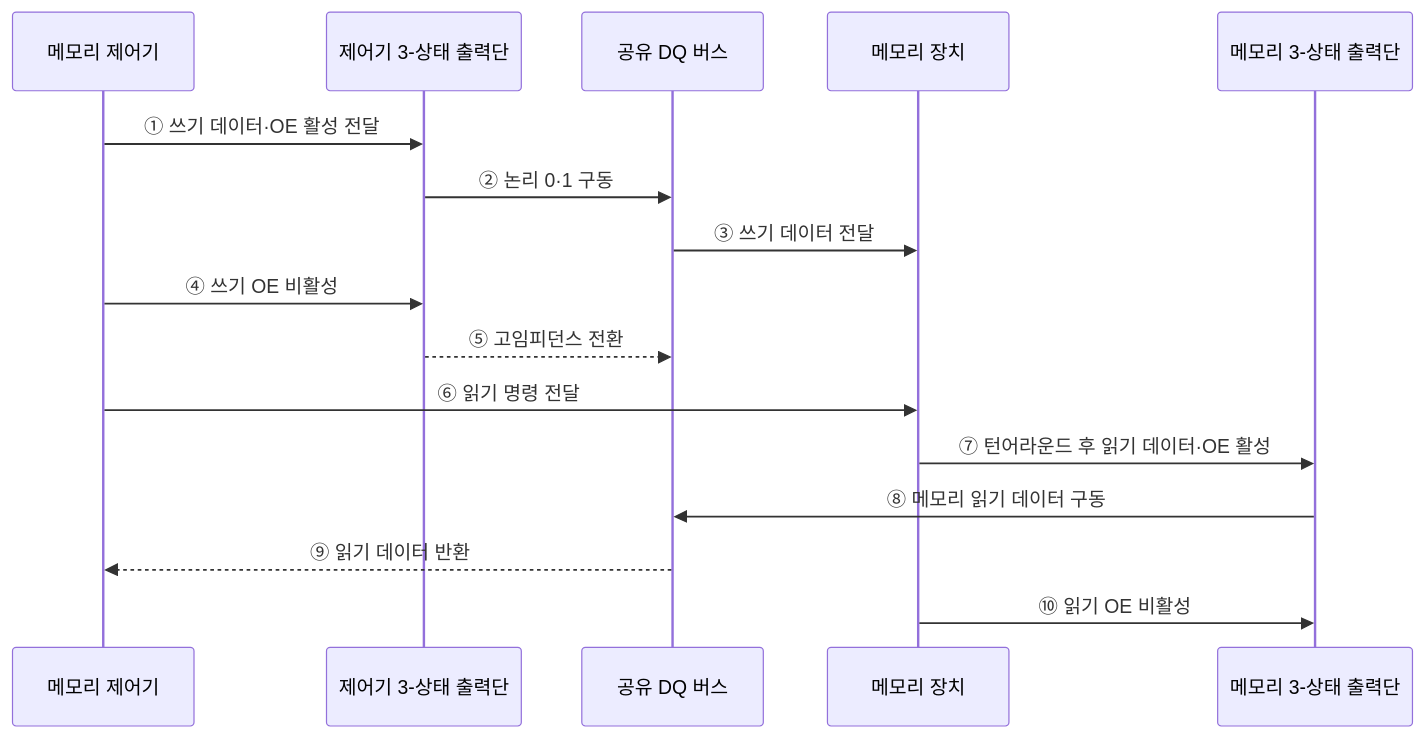
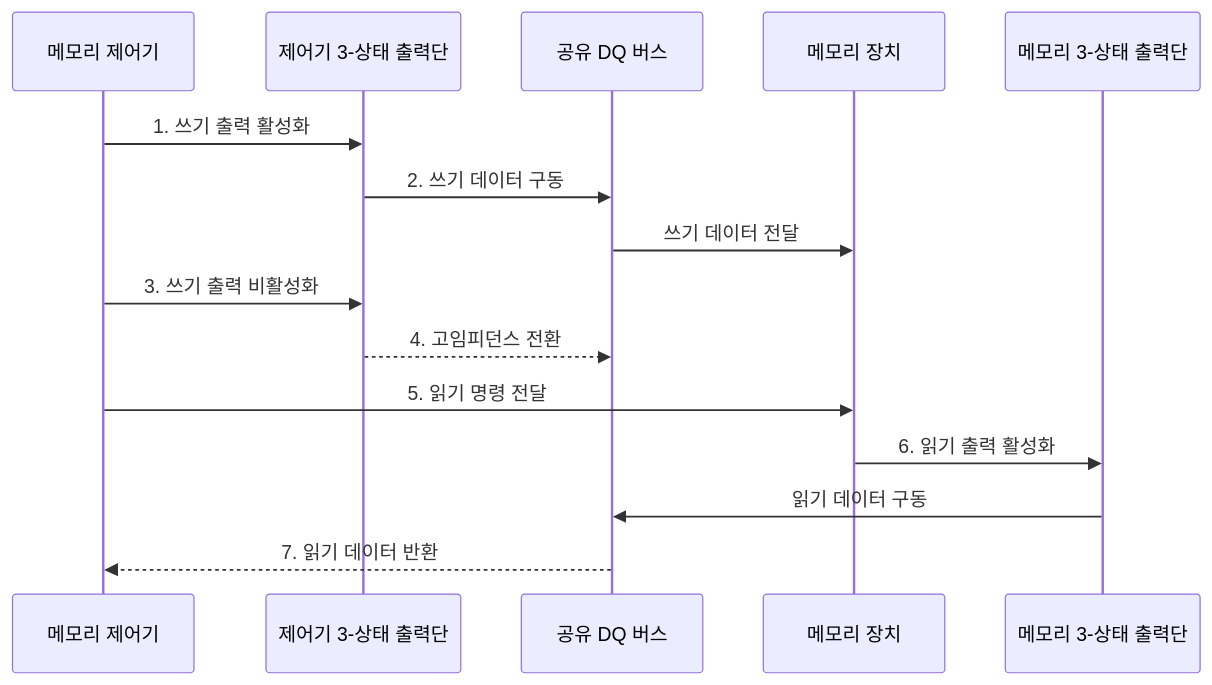
One commit to agnusdei1207/knowledge-base changed the second of 2 diagrams in src/content/docs/notes/02-hardware/037_tri_state_buffer.md. Above: the diagram before and after it, drawn with Mermaid. The commit also changed other lines of this file and 20 other files, not shown here.

````diff
--- a/src/content/docs/notes/02-hardware/037_tri_state_buffer.md
+++ b/src/content/docs/notes/02-hardware/037_tri_state_buffer.md
@@ -72,19 +83,18 @@
 ```mermaid
 sequenceDiagram
     participant C as 메모리 제어기
     participant TC as 제어기 3-상태 출력단
     participant B as 공유 DQ 버스
     participant M as 메모리 장치
     participant TM as 메모리 3-상태 출력단
 
-    C->>TC: ① 쓰기 데이터·OE 활성 전달
-    TC->>B: ② 논리 0·1 구동
-    B->>M: ③ 쓰기 데이터 전달
-    C->>TC: ④ 쓰기 OE 비활성
-    TC-->>B: ⑤ 고임피던스 전환
-    C->>M: ⑥ 읽기 명령 전달
-    M->>TM: ⑦ 턴어라운드 후 읽기 데이터·OE 활성
-    TM->>B: ⑧ 메모리 읽기 데이터 구동
-    B-->>C: ⑨ 읽기 데이터 반환
-    M->>TM: ⑩ 읽기 OE 비활성
+    C->>TC: 1. 쓰기 출력 활성화
+    TC->>B: 2. 쓰기 데이터 구동
+    B->>M: 쓰기 데이터 전달
+    C->>TC: 3. 쓰기 출력 비활성화
+    TC-->>B: 4. 고임피던스 전환
+    C->>M: 5. 읽기 명령 전달
+    M->>TM: 6. 읽기 출력 활성화
+    TM->>B: 읽기 데이터 구동
+    B-->>C: 7. 읽기 데이터 반환
 ```
````
